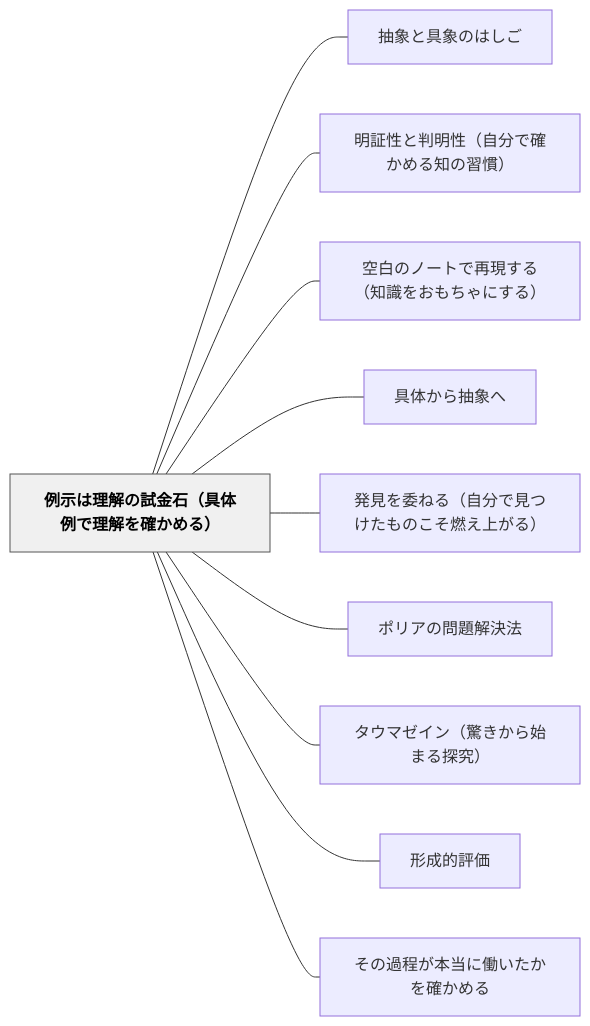
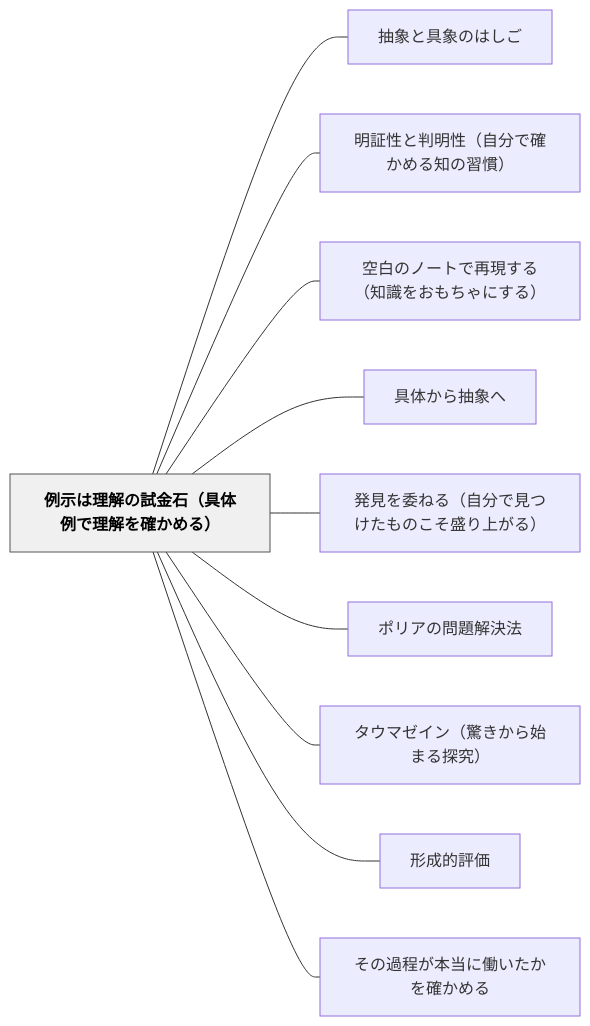
Before and after one commit to unknownthings-ed-patterns/unknownthings-ed-patterns: the diagram in content/パタン/例示は理解の試金石（具体例で理解を確かめる）.md, drawn with Mermaid. The commit also changed other lines of this file and 36 other files, not shown here.

````diff
--- a/content/パタン/例示は理解の試金石（具体例で理解を確かめる）.md
+++ b/content/パタン/例示は理解の試金石（具体例で理解を確かめる）.md
@@ -140,26 +140,26 @@
 ```mermaid
 flowchart LR
     ne4be8be7a4bae381afe79086e8a7a3e381aee8a9a6e98791e79fb3efbc88e585b7e4bd93e4be8be381a7e79086e8a7a3e38292e7a2bae3818be38281e3828befbc89["例示は理解の試金石（具体例で理解を確かめる）"]
     ne68abde8b1a1e381a8e585b7e8b1a1e381aee381afe38197e38194["抽象と具象のはしご"]
     ne6988ee8a8bce680a7e381a8e588a4e6988ee680a7efbc88e887aae58886e381a7e7a2bae3818be38281e3828be79fa5e381aee7bf92e685a3efbc89["明証性と判明性（自分で確かめる知の習慣）"]
     ne7a9bae799bde381aee3838ee383bce38388e381a7e5868de78fbee38199e3828befbc88e79fa5e8ad98e38292e3818ae38282e381a1e38283e381abe38199e3828befbc89["空白のノートで再現する（知識をおもちゃにする）"]
     ne585b7e4bd93e3818be38289e68abde8b1a1e381b8["具体から抽象へ"]
-    ne799bae8a68be38292e5a794e381ade3828befbc88e887aae58886e381a7e8a68be381a4e38191e3819fe38282e381aee38193e3819de78783e38188e4b88ae3818ce3828befbc89["発見を委ねる（自分で見つけたものこそ燃え上がる）"]
+    ne799bae8a68be38292e5a794e381ade3828befbc88e887aae58886e381a7e8a68be381a4e38191e3819fe38282e381aee38193e3819de79b9be3828ae4b88ae3818ce3828befbc89["発見を委ねる（自分で見つけたものこそ盛り上がる）"]
     ne3839de383aae382a2e381aee5958fe9a18ce8a7a3e6b1bae6b395["ポリアの問題解決法"]
     ne382bfe382a6e3839ee382bce382a4e383b3efbc88e9a99ae3818de3818be38289e5a78be381bee3828be68ea2e7a9b6efbc89["タウマゼイン（驚きから始まる探究）"]
     ne5bda2e68890e79a84e8a995e4bea1["形成的評価"]
     ne3819de381aee9818ee7a88be3818ce69cace5bd93e381abe5838de38184e3819fe3818be38292e7a2bae3818be38281e3828b["その過程が本当に働いたかを確かめる"]
 
     ne4be8be7a4bae381afe79086e8a7a3e381aee8a9a6e98791e79fb3efbc88e585b7e4bd93e4be8be381a7e79086e8a7a3e38292e7a2bae3818be38281e3828befbc89 --- ne68abde8b1a1e381a8e585b7e8b1a1e381aee381afe38197e38194
     ne4be8be7a4bae381afe79086e8a7a3e381aee8a9a6e98791e79fb3efbc88e585b7e4bd93e4be8be381a7e79086e8a7a3e38292e7a2bae3818be38281e3828befbc89 --- ne6988ee8a8bce680a7e381a8e588a4e6988ee680a7efbc88e887aae58886e381a7e7a2bae3818be38281e3828be79fa5e381aee7bf92e685a3efbc89
     ne4be8be7a4bae381afe79086e8a7a3e381aee8a9a6e98791e79fb3efbc88e585b7e4bd93e4be8be381a7e79086e8a7a3e38292e7a2bae3818be38281e3828befbc89 --- ne7a9bae799bde381aee3838ee383bce38388e381a7e5868de78fbee38199e3828befbc88e79fa5e8ad98e38292e3818ae38282e381a1e38283e381abe38199e3828befbc89
     ne4be8be7a4bae381afe79086e8a7a3e381aee8a9a6e98791e79fb3efbc88e585b7e4bd93e4be8be381a7e79086e8a7a3e38292e7a2bae3818be38281e3828befbc89 --- ne585b7e4bd93e3818be38289e68abde8b1a1e381b8
-    ne4be8be7a4bae381afe79086e8a7a3e381aee8a9a6e98791e79fb3efbc88e585b7e4bd93e4be8be381a7e79086e8a7a3e38292e7a2bae3818be38281e3828befbc89 --- ne799bae8a68be38292e5a794e381ade3828befbc88e887aae58886e381a7e8a68be381a4e38191e3819fe38282e381aee38193e3819de78783e38188e4b88ae3818ce3828befbc89
+    ne4be8be7a4bae381afe79086e8a7a3e381aee8a9a6e98791e79fb3efbc88e585b7e4bd93e4be8be381a7e79086e8a7a3e38292e7a2bae3818be38281e3828befbc89 --- ne799bae8a68be38292e5a794e381ade3828befbc88e887aae58886e381a7e8a68be381a4e38191e3819fe38282e381aee38193e3819de79b9be3828ae4b88ae3818ce3828befbc89
     ne4be8be7a4bae381afe79086e8a7a3e381aee8a9a6e98791e79fb3efbc88e585b7e4bd93e4be8be381a7e79086e8a7a3e38292e7a2bae3818be38281e3828befbc89 --- ne3839de383aae382a2e381aee5958fe9a18ce8a7a3e6b1bae6b395
     ne4be8be7a4bae381afe79086e8a7a3e381aee8a9a6e98791e79fb3efbc88e585b7e4bd93e4be8be381a7e79086e8a7a3e38292e7a2bae3818be38281e3828befbc89 --- ne382bfe382a6e3839ee382bce382a4e383b3efbc88e9a99ae3818de3818be38289e5a78be381bee3828be68ea2e7a9b6efbc89
     ne4be8be7a4bae381afe79086e8a7a3e381aee8a9a6e98791e79fb3efbc88e585b7e4bd93e4be8be381a7e79086e8a7a3e38292e7a2bae3818be38281e3828befbc89 --- ne5bda2e68890e79a84e8a995e4bea1
     ne4be8be7a4bae381afe79086e8a7a3e381aee8a9a6e98791e79fb3efbc88e585b7e4bd93e4be8be381a7e79086e8a7a3e38292e7a2bae3818be38281e3828befbc89 --- ne3819de381aee9818ee7a88be3818ce69cace5bd93e381abe5838de38184e3819fe3818be38292e7a2bae3818be38281e3828b
 
     classDef hub fill:#f0f0f0,stroke:#555,color:#000,font-weight:bold
     class ne4be8be7a4bae381afe79086e8a7a3e381aee8a9a6e98791e79fb3efbc88e585b7e4bd93e4be8be381a7e79086e8a7a3e38292e7a2bae3818be38281e3828befbc89 hub
 ```
````
